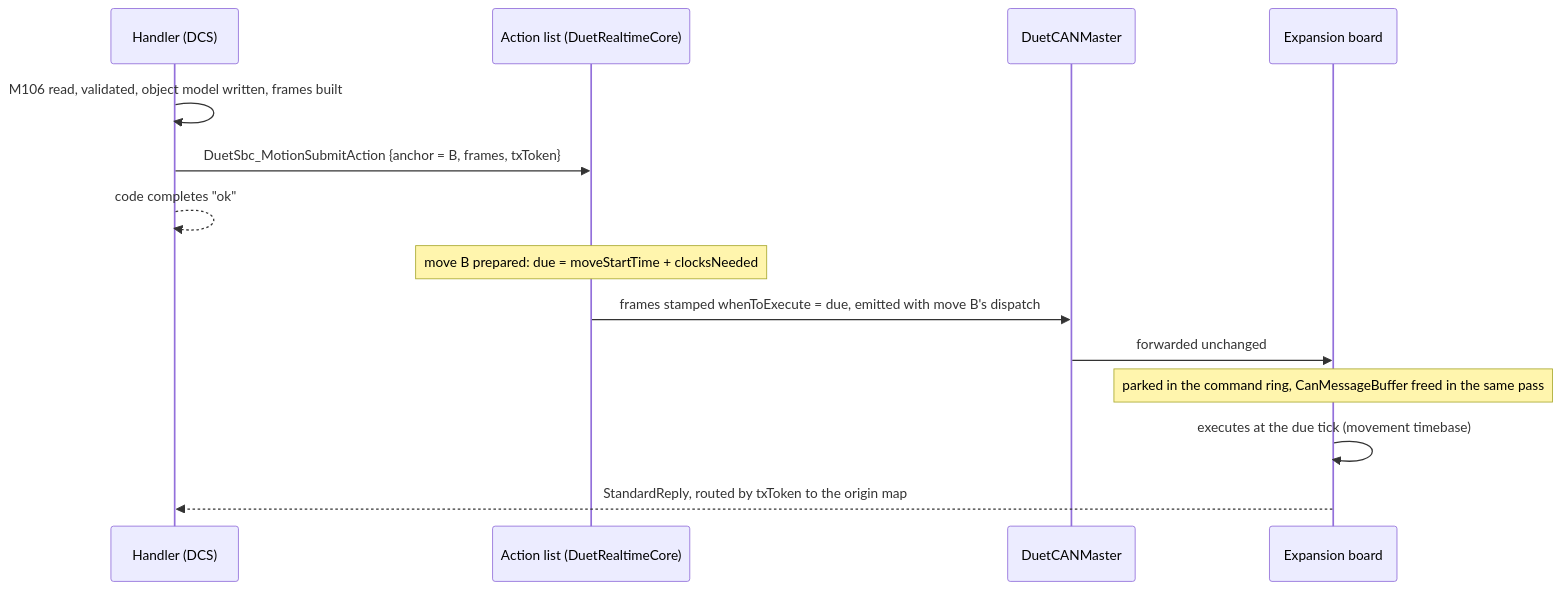
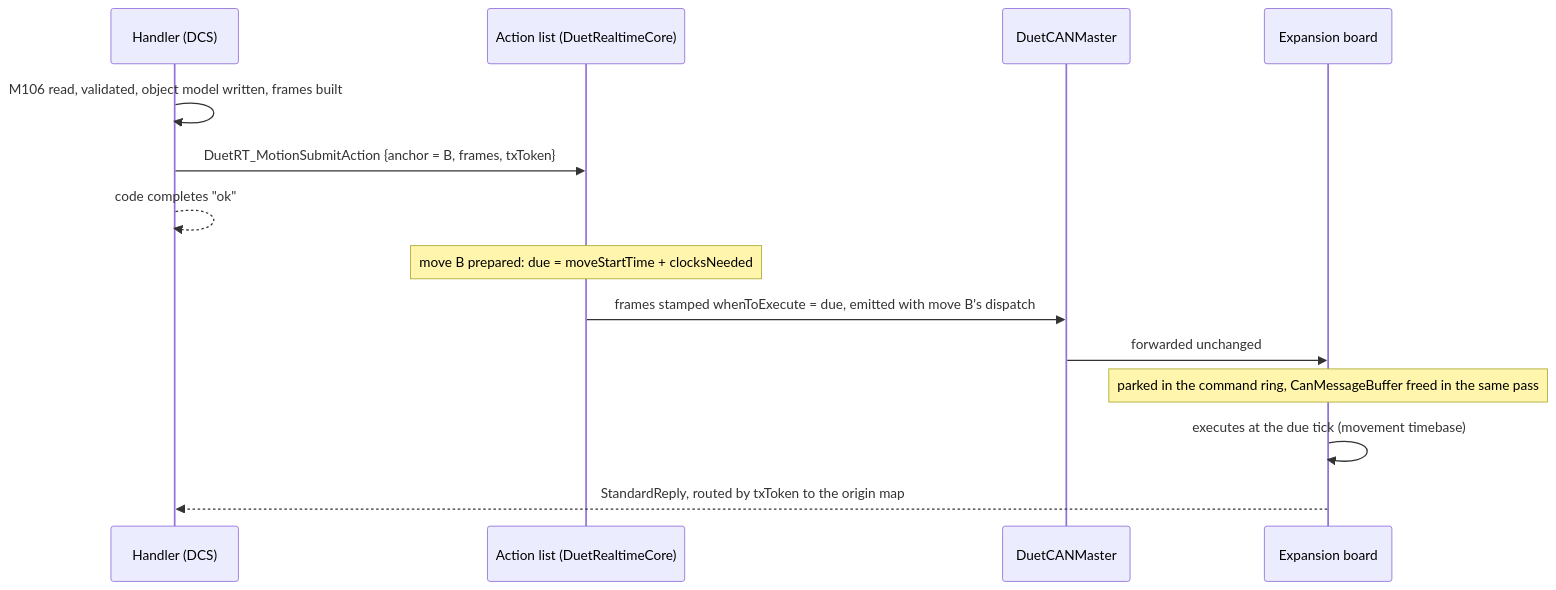
One commit to Duet3D/DuetSoftwareFramework changed the third of 8 diagrams in docs/devel/MOTION_SYNCHRONISED_ACTIONS.md. Above: the diagram before and after it, drawn with Mermaid. The commit also changed other lines of this file and 48 other files, not shown here.

````diff
--- a/docs/devel/MOTION_SYNCHRONISED_ACTIONS.md
+++ b/docs/devel/MOTION_SYNCHRONISED_ACTIONS.md
@@ -507,16 +507,16 @@
 ```mermaid
 sequenceDiagram
     participant H as Handler (DCS)
     participant L as Action list (DuetRealtimeCore)
     participant C as DuetCANMaster
     participant B as Expansion board
     H->>H: M106 read, validated, object model written, frames built
-    H->>L: DuetSbc_MotionSubmitAction {anchor = B, frames, txToken}
+    H->>L: DuetRT_MotionSubmitAction {anchor = B, frames, txToken}
     H-->>H: code completes "ok"
     Note over L: move B prepared: due = moveStartTime + clocksNeeded
     L->>C: frames stamped whenToExecute = due, emitted with move B's dispatch
     C->>B: forwarded unchanged
     Note over B: parked in the command ring, CanMessageBuffer freed in the same pass
     B->>B: executes at the due tick (movement timebase)
     B-->>H: StandardReply, routed by txToken to the origin map
 ```
````
